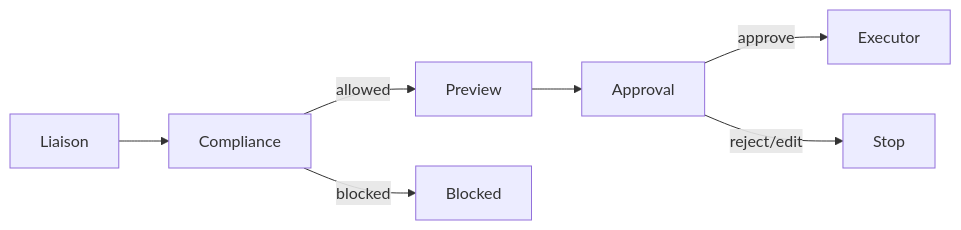
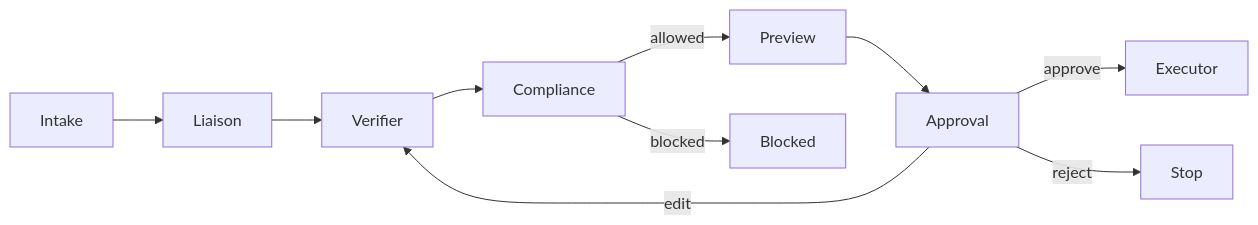
One commit to raahim-ibrar/GigBidA2 changed the second of 2 diagrams in docs/ARCHITECTURE.md. Above: the diagram before and after it, drawn with Mermaid. The commit also changed other lines of this file and 63 other files, not shown here.

````diff
--- a/docs/ARCHITECTURE.md
+++ b/docs/ARCHITECTURE.md
@@ -26,8 +31,9 @@
 ```mermaid
 flowchart LR
-  Liaison --> Compliance
+  Intake --> Liaison --> Verifier --> Compliance
   Compliance -->|allowed| Preview --> Approval
   Compliance -->|blocked| Blocked
   Approval -->|approve| Executor
-  Approval -->|reject/edit| Stop
+  Approval -->|reject| Stop
+  Approval -->|edit| Verifier
 ```
````
